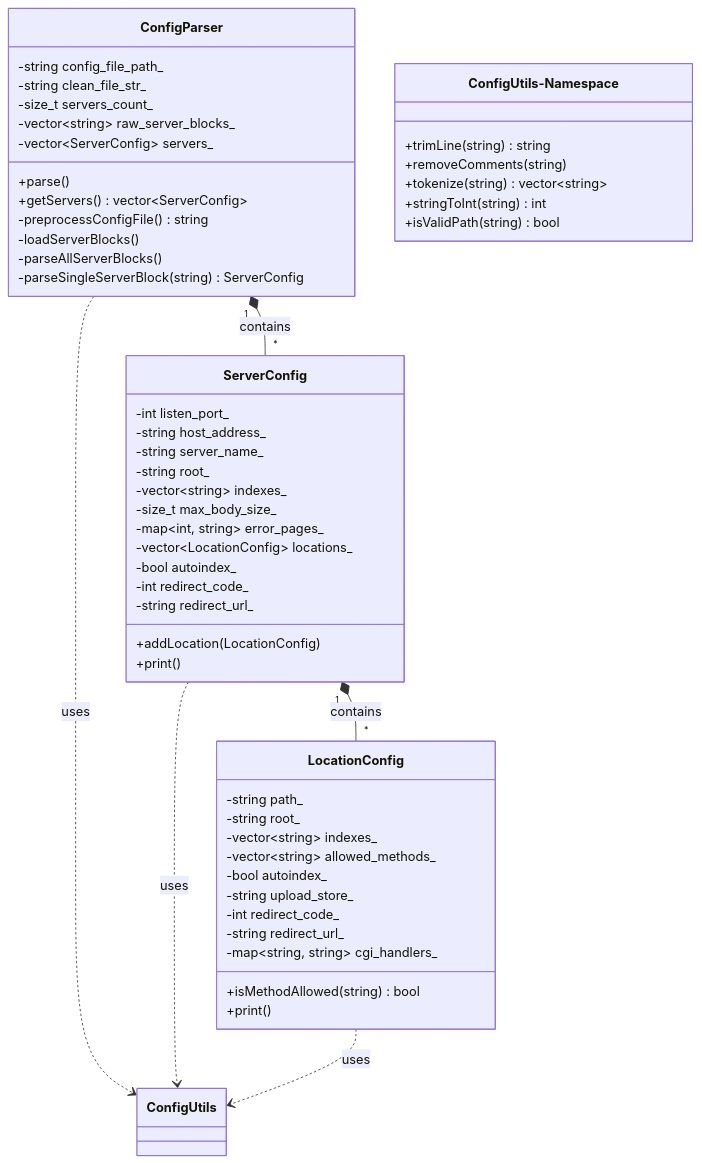
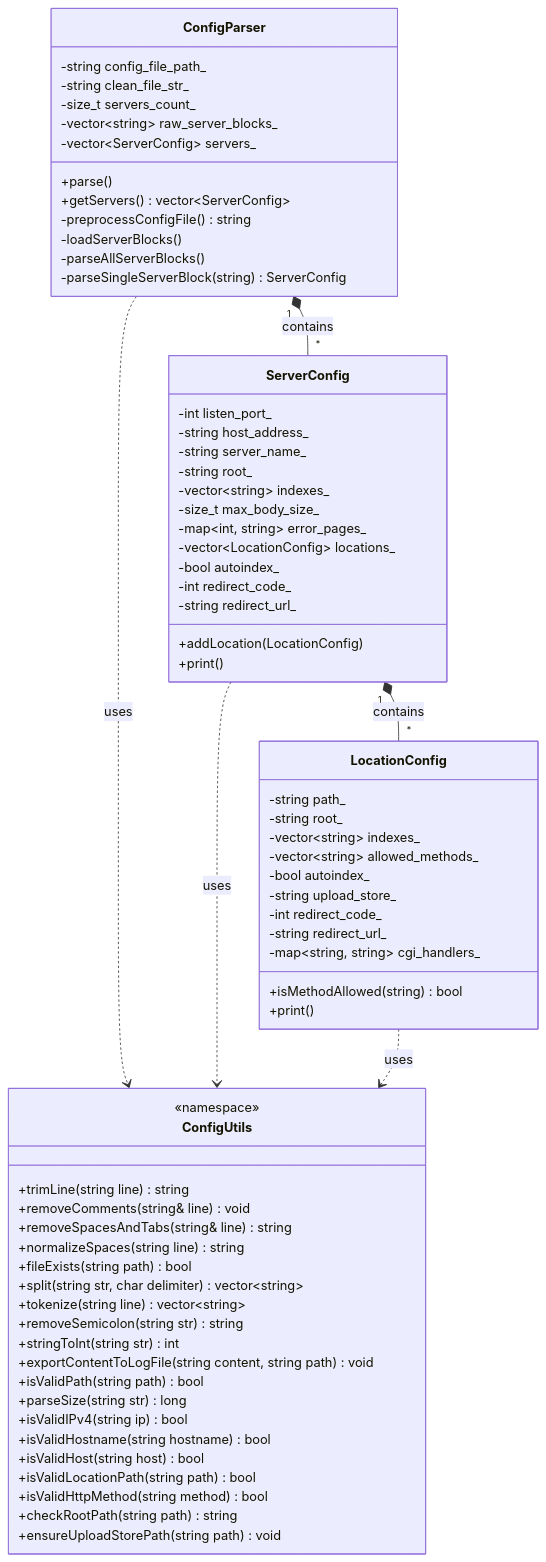
Before and after one commit to Anagamedina/webserv: the diagram in src/config/info/config_uml.md, drawn with Mermaid. The commit also changed 16 other files, not shown here.

````diff
--- a/src/config/info/config_uml.md
+++ b/src/config/info/config_uml.md
@@ -5,60 +5,75 @@
 ```mermaid
 classDiagram
     class ConfigParser {
         -string config_file_path_
         -string clean_file_str_
         -size_t servers_count_
         -vector~string~ raw_server_blocks_
         -vector~ServerConfig~ servers_
         +parse()
         +getServers() vector~ServerConfig~
         -preprocessConfigFile() string
         -loadServerBlocks()
         -parseAllServerBlocks()
         -parseSingleServerBlock(string) ServerConfig
     }
 
     class ServerConfig {
         -int listen_port_
         -string host_address_
         -string server_name_
         -string root_
         -vector~string~ indexes_
         -size_t max_body_size_
         -map~int, string~ error_pages_
         -vector~LocationConfig~ locations_
         -bool autoindex_
         -int redirect_code_
         -string redirect_url_
         +addLocation(LocationConfig)
         +print()
     }
 
     class LocationConfig {
         -string path_
         -string root_
         -vector~string~ indexes_
         -vector~string~ allowed_methods_
         -bool autoindex_
         -string upload_store_
         -int redirect_code_
         -string redirect_url_
         -map~string, string~ cgi_handlers_
         +isMethodAllowed(string) bool
         +print()
     }
 
-    class ConfigUtils-Namespace {
-        +trimLine(string) string
-        +removeComments(string)
-        +tokenize(string) vector~string~
-        +stringToInt(string) int
-        +isValidPath(string) bool
+    class ConfigUtils{
+        <<namespace>>
+        +trimLine(string line) string
+        +removeComments(string& line) void
+        +removeSpacesAndTabs(string& line) string
+        +normalizeSpaces(string line) string
+        +fileExists(string path) bool
+        +split(string str, char delimiter) vector~string~
+        +tokenize(string line) vector~string~
+        +removeSemicolon(string str) string
+        +stringToInt(string str) int
+        +exportContentToLogFile(string content, string path) void
+        +isValidPath(string path) bool
+        +parseSize(string str) long
+        +isValidIPv4(string ip) bool
+        +isValidHostname(string hostname) bool
+        +isValidHost(string host) bool
+        +isValidLocationPath(string path) bool
+        +isValidHttpMethod(string method) bool
+        +checkRootPath(string path) string
+        +ensureUploadStorePath(string path) void
     }
 
     ConfigParser "1" *-- "*" ServerConfig : contains
     ServerConfig "1" *-- "*" LocationConfig : contains
     ConfigParser ..> ConfigUtils : uses
     ServerConfig ..> ConfigUtils : uses
     LocationConfig ..> ConfigUtils : uses
 ```
````
